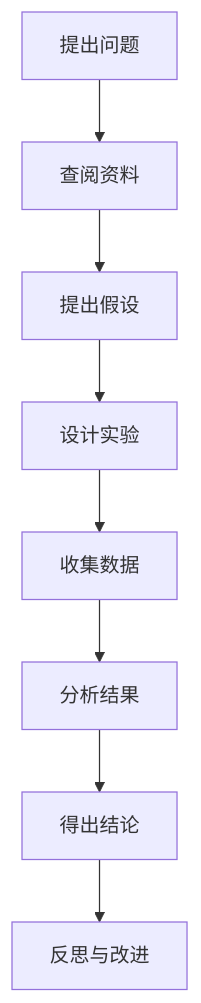
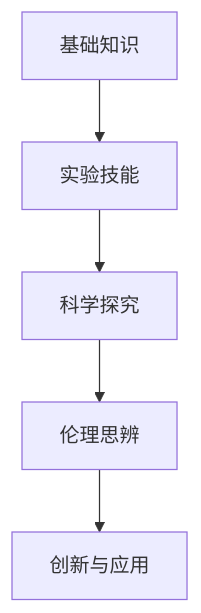
The first of 2 diagrams in 02-核心学科理论/07-生物教育理论与实践/01-生物教育理论与实践.md (AdaMartin18010/SeniorEnducation), drawn with Mermaid before and after one commit. The commit also changed other lines of this file and 6 other files, not shown here.

````diff
--- a/02-核心学科理论/07-生物教育理论与实践/01-生物教育理论与实践.md
+++ b/02-核心学科理论/07-生物教育理论与实践/01-生物教育理论与实践.md
@@ -175,10 +146,7 @@
 ```mermaid
 graph TD
-    A[提出问题] --> B[查阅资料]
-    B --> C[提出假设]
-    C --> D[设计实验]
-    D --> E[收集数据]
-    E --> F[分析结果]
-    F --> G[得出结论]
-    G --> H[反思与改进]
+    A[基础知识] --> B[实验技能]
+    B --> C[科学探究]
+    C --> D[伦理思辨]
+    D --> E[创新与应用]
 ```
````
